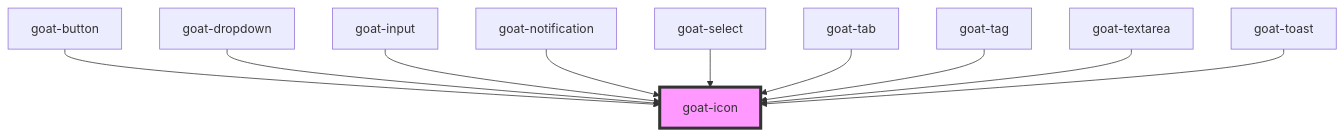
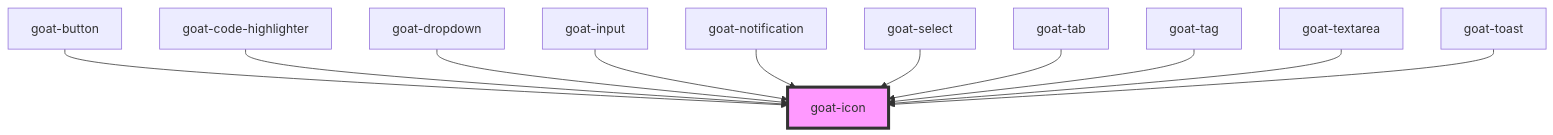
One commit to goatui/components changed the diagram in src/components/content/icon/readme.md. Above: the diagram before and after it, drawn with Mermaid. The commit also changed other lines of this file and 6 other files, not shown here.

````diff
--- a/src/components/content/icon/readme.md
+++ b/src/components/content/icon/readme.md
@@ -31,13 +32,14 @@
 ```mermaid
 graph TD;
   goat-button --> goat-icon
+  goat-code-highlighter --> goat-icon
   goat-dropdown --> goat-icon
   goat-input --> goat-icon
   goat-notification --> goat-icon
   goat-select --> goat-icon
   goat-tab --> goat-icon
   goat-tag --> goat-icon
   goat-textarea --> goat-icon
   goat-toast --> goat-icon
   style goat-icon fill:#f9f,stroke:#333,stroke-width:4px
 ```
````
